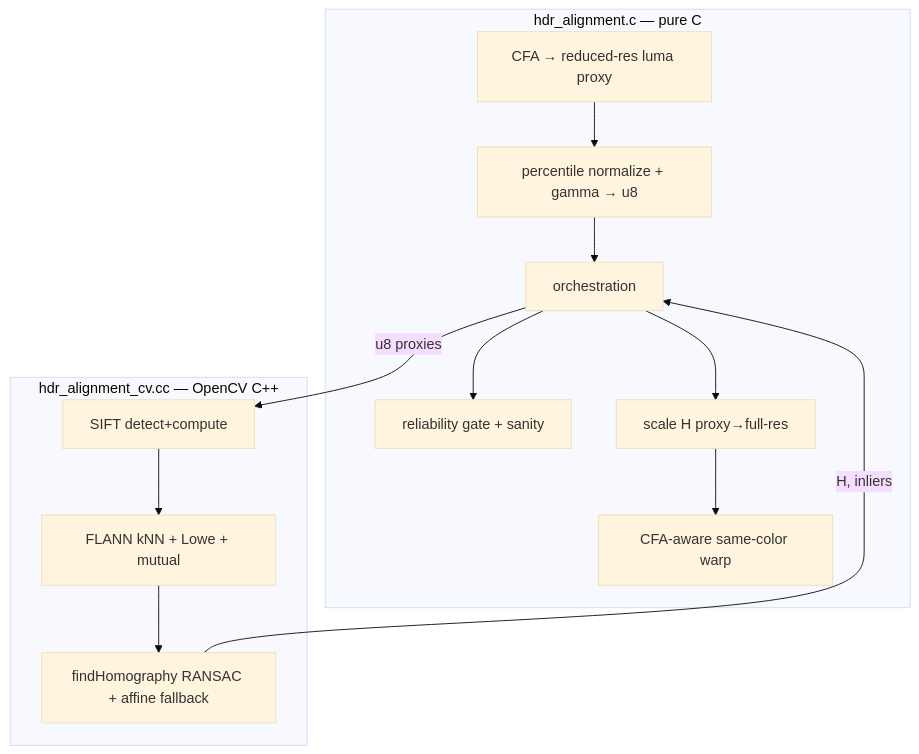
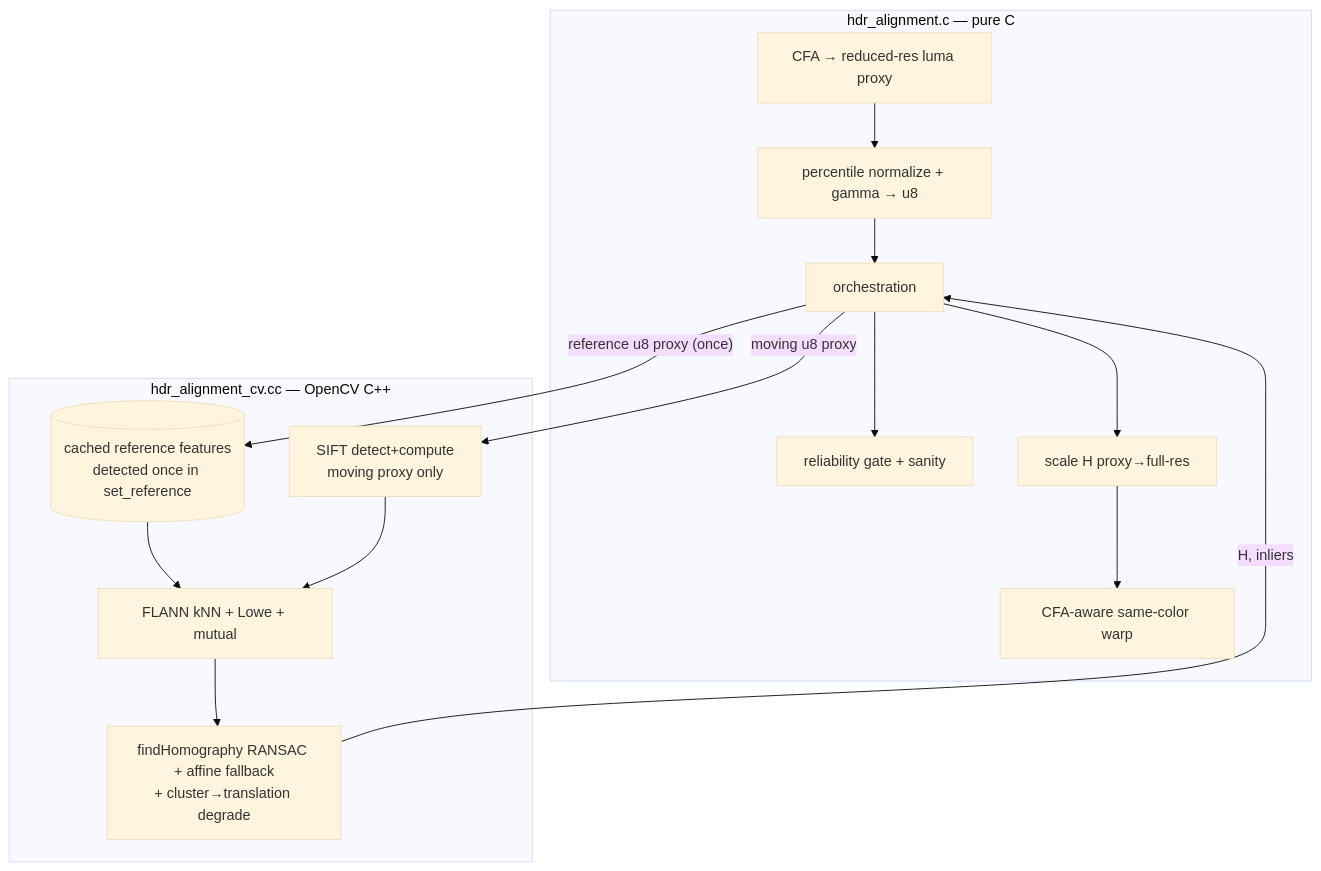
The fifth of 6 diagrams in dev-doc/HDR_Alignment_Design.md (darktable-org/darktable), drawn with Mermaid (base theme) before and after one commit. The commit also changed other lines of this file and 6 other files, not shown here.

````diff
--- a/dev-doc/HDR_Alignment_Design.md
+++ b/dev-doc/HDR_Alignment_Design.md
@@ -365,17 +394,20 @@
 ```mermaid
 flowchart TD
     subgraph C [hdr_alignment.c — pure C]
         P1[CFA → reduced-res luma proxy] --> P2[percentile normalize + gamma → u8]
         P2 --> P3[orchestration]
         P3 --> P8[reliability gate + sanity]
         P3 --> P6[scale H proxy→full-res]
         P6 --> P7[CFA-aware same-color warp]
     end
     subgraph CC [hdr_alignment_cv.cc — OpenCV C++]
-        B1[SIFT detect+compute]
+        B0[(cached reference features<br/>detected once in set_reference)]
+        B1[SIFT detect+compute<br/>moving proxy only]
         B2[FLANN kNN + Lowe + mutual]
-        B3[findHomography RANSAC + affine fallback]
+        B3[findHomography RANSAC + affine fallback<br/>+ cluster→translation degrade]
     end
-    P3 -- "u8 proxies" --> B1
+    P3 -- "reference u8 proxy (once)" --> B0
+    P3 -- "moving u8 proxy" --> B1
+    B0 --> B2
     B1 --> B2 --> B3 -- "H, inliers" --> P3
 ```
````
